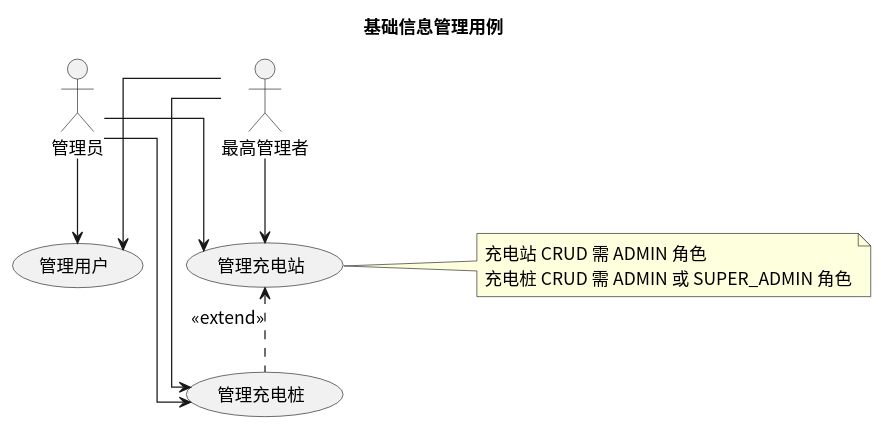
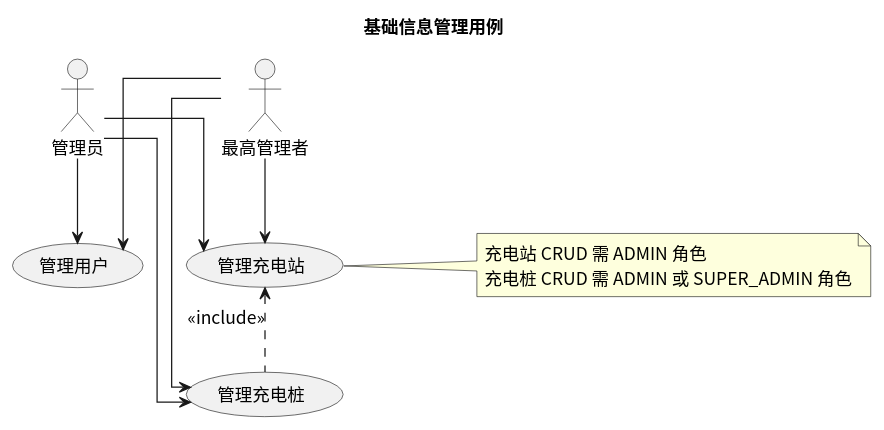
The diagram in usecase/docs/backend/src/basic_info.puml (greenhandzdl/charging-station-doc), drawn with PlantUML before and after one commit. The commit also changed 12 other files, not shown here.

```diff
--- a/usecase/docs/backend/src/basic_info.puml
+++ b/usecase/docs/backend/src/basic_info.puml
@@ -1,24 +1,24 @@
 @startuml
 skinparam defaultFontName "Noto Sans CJK SC"
 skinparam defaultFontSize 14
 title 基础信息管理用例
 skinparam linetype ortho
 
 actor "管理员" as A
 actor "最高管理者" as SA
 
 (管理充电站)
 (管理充电桩)
 (管理用户)
 
 A --> 管理充电站
 A --> 管理充电桩
 A --> 管理用户
 SA --> 管理充电站
 SA --> 管理充电桩
 SA --> 管理用户
 
-管理充电站 <.down. 管理充电桩 : <<extend>>
+管理充电站 <.down. 管理充电桩 : <<include>>
 
 note right of 管理充电站 : 充电站 CRUD 需 ADMIN 角色\n充电桩 CRUD 需 ADMIN 或 SUPER_ADMIN 角色
 @enduml
```
